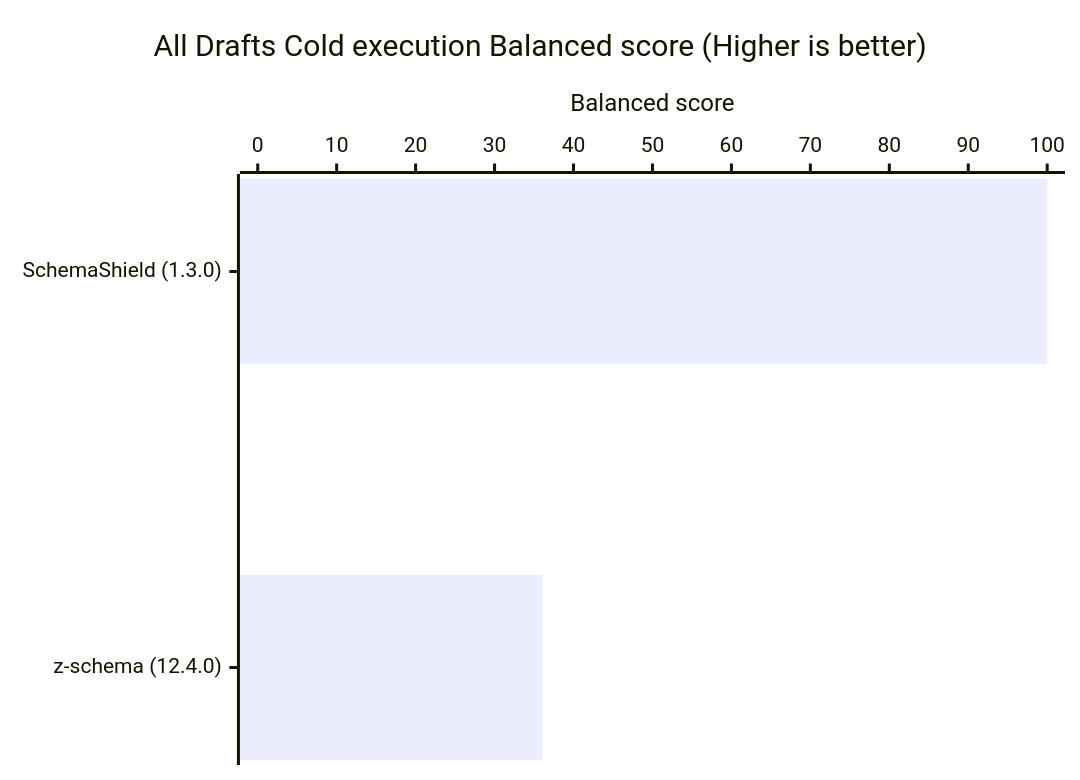
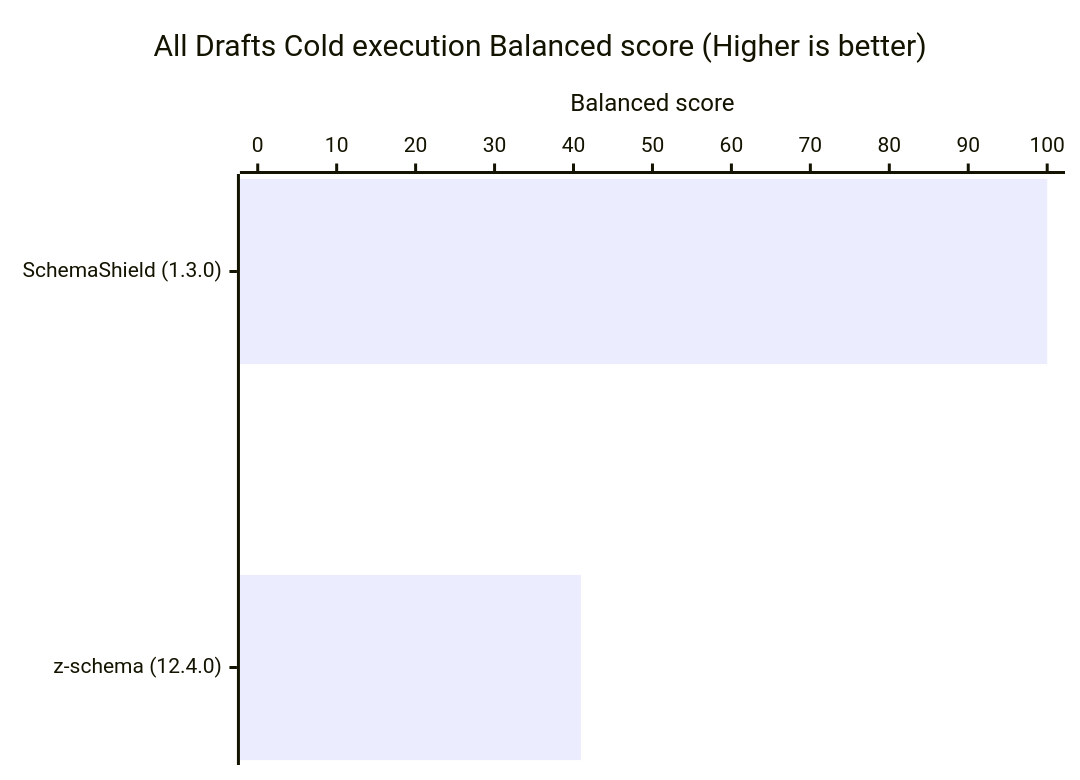
Before and after one commit to Masquerade-Circus/json-schema-validator-bench: the seventh of 8 diagrams in README.md, drawn with Mermaid. The commit also changed other lines of this file and 169 other files, not shown here.

````diff
--- a/README.md
+++ b/README.md
@@ -260,7 +260,7 @@
 ```mermaid
 xychart horizontal
     title "All Drafts Cold execution Balanced score (Higher is better)"
     x-axis ["SchemaShield (1.3.0)", "z-schema (12.4.0)"]
     y-axis "Balanced score" 0 --> 100
-    bar [100, 36.091]
+    bar [100, 40.94]
 ```
````
